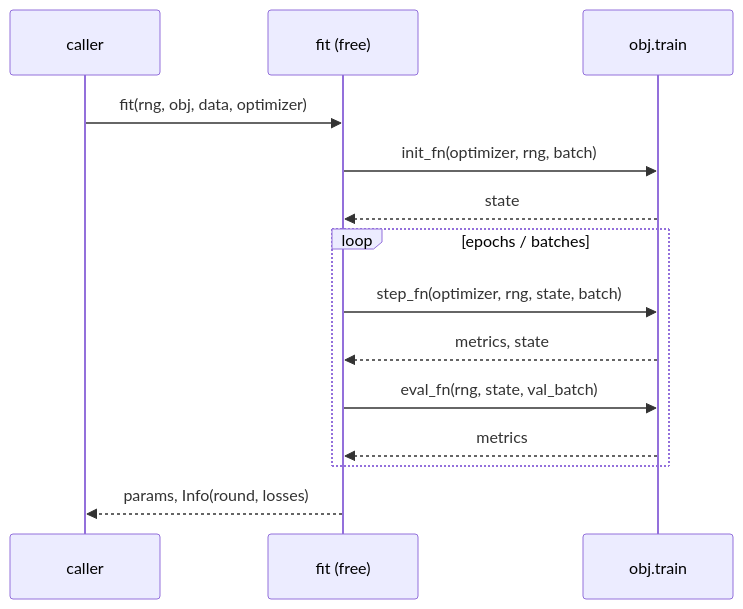
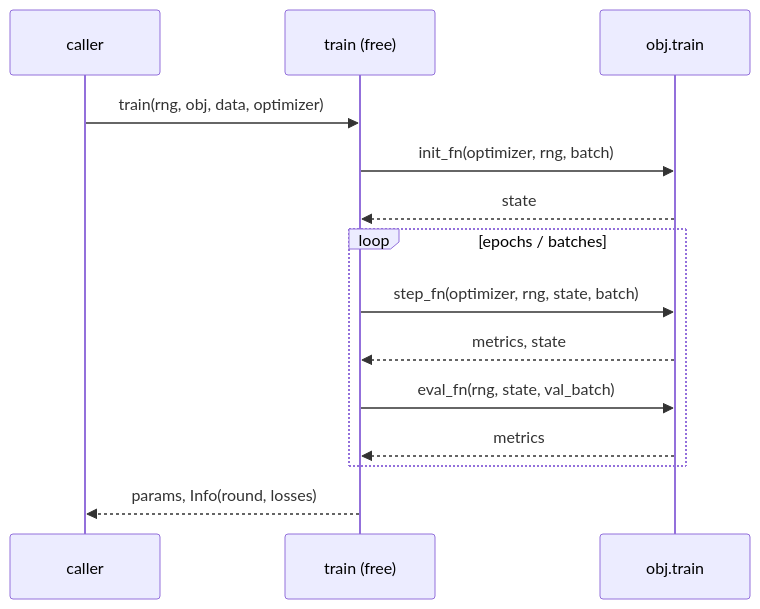
Before and after one commit to dirmeier/sbijax: the third of 5 diagrams in docs/design.rst, drawn with Mermaid. The commit also changed other lines of this file and 22 other files, not shown here.

Commit message:
refactor(sbijax)!: rename fit driver to train

```diff
--- a/docs/design.rst
+++ b/docs/design.rst
@@ -195,16 +195,16 @@
 .. mermaid::
 
     sequenceDiagram
       participant U as caller
-      participant F as fit (free)
+      participant F as train (free)
       participant T as obj.train
-      U->>F: fit(rng, obj, data, optimizer)
+      U->>F: train(rng, obj, data, optimizer)
       F->>T: init_fn(optimizer, rng, batch)
       T-->>F: state
       loop epochs / batches
         F->>T: step_fn(optimizer, rng, state, batch)
         T-->>F: metrics, state
         F->>T: eval_fn(rng, state, val_batch)
         T-->>F: metrics
       end
       F-->>U: params, Info(round, losses)
```
